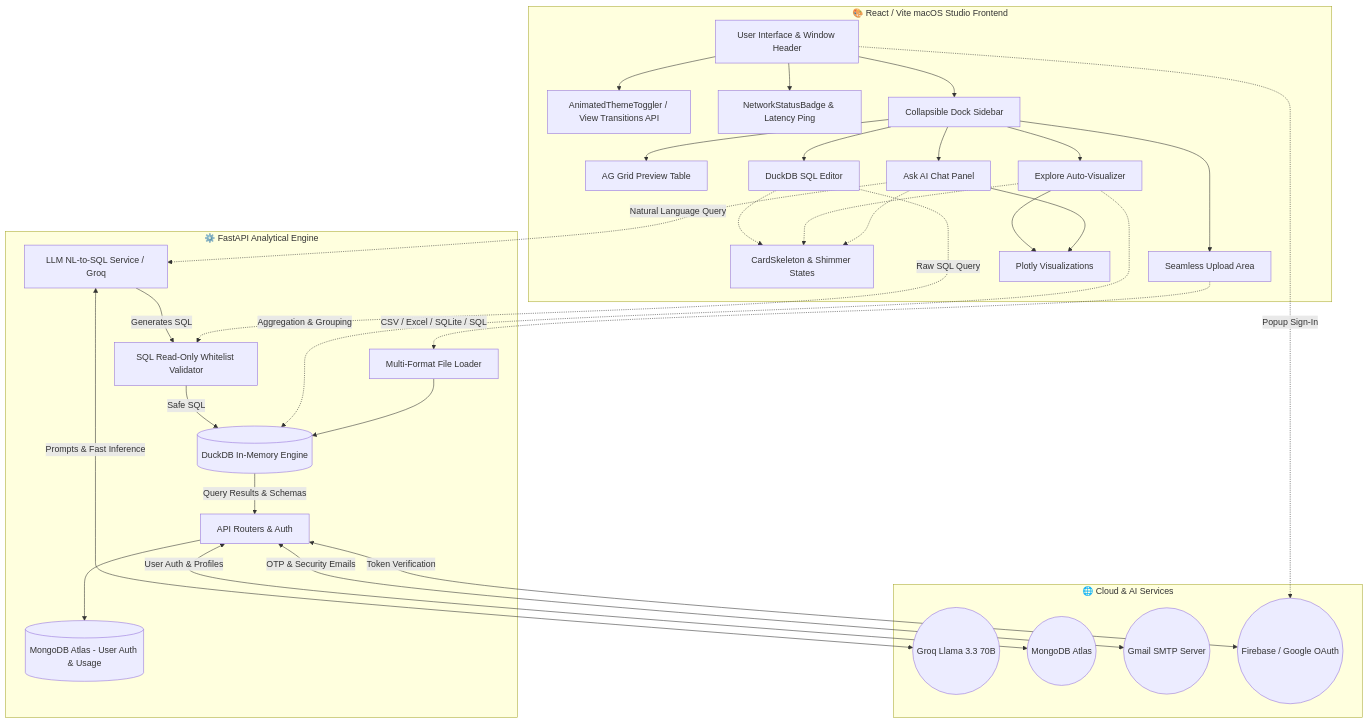
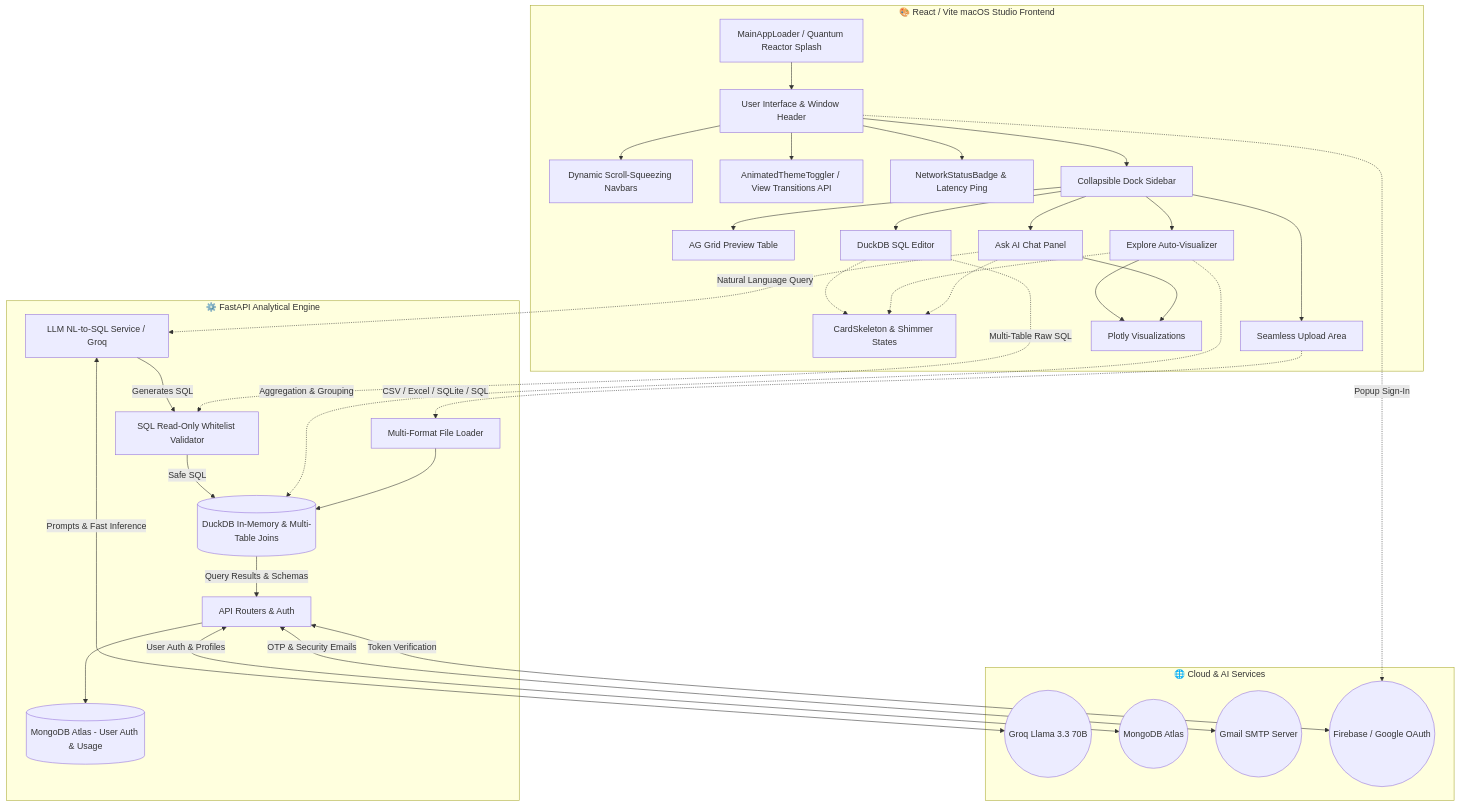
The diagram in ARCHITECTURE.md (pratikadamas/Ai-Data-Analysis), drawn with Mermaid before and after one commit. The commit also changed 15 other files, not shown here.

Commit message:
feat: redesign unboxed splash loader, unify scroll-squeezing navigation, and update documentation

````diff
--- a/ARCHITECTURE.md
+++ b/ARCHITECTURE.md
@@ -21,63 +21,67 @@
 ```mermaid
 graph TD
     subgraph Frontend [🎨 React / Vite macOS Studio Frontend]
         UI[User Interface & Window Header]
+        SplashLoader[MainAppLoader / Quantum Reactor Splash]
+        ScrollNav[Dynamic Scroll-Squeezing Navbars]
         ThemeToggle[AnimatedThemeToggler / View Transitions API]
         NetBadge[NetworkStatusBadge & Latency Ping]
         Skeletons[CardSkeleton & Shimmer States]
         Sidebar[Collapsible Dock Sidebar]
         Upload[Seamless Upload Area]
         Preview[AG Grid Preview Table]
         Chat[Ask AI Chat Panel]
         Explore[Explore Auto-Visualizer]
         SQLEditor[DuckDB SQL Editor]
         Charts[Plotly Visualizations]
         
+        SplashLoader --> UI
+        UI --> ScrollNav
         UI --> ThemeToggle
         UI --> NetBadge
         UI --> Sidebar
         Sidebar --> Upload
         Sidebar --> Preview
         Sidebar --> Chat
         Sidebar --> Explore
         Sidebar --> SQLEditor
         Chat --> Charts
         Explore --> Charts
         Chat -.-> Skeletons
         Explore -.-> Skeletons
         SQLEditor -.-> Skeletons
     end
 
     subgraph Backend [⚙️ FastAPI Analytical Engine]
         API[API Routers & Auth]
         FileLoader[Multi-Format File Loader]
         LLM[LLM NL-to-SQL Service / Groq]
         SQLValid[SQL Read-Only Whitelist Validator]
-        DuckDB[(DuckDB In-Memory Engine)]
+        DuckDB[(DuckDB In-Memory & Multi-Table Joins)]
         MongoDB[(MongoDB Atlas - User Auth & Usage)]
         
         Upload -.->|CSV / Excel / SQLite / SQL| FileLoader
         FileLoader --> DuckDB
         Chat -.->|Natural Language Query| LLM
         Explore -.->|Aggregation & Grouping| DuckDB
-        SQLEditor -.->|Raw SQL Query| SQLValid
+        SQLEditor -.->|Multi-Table Raw SQL| SQLValid
         
         API --> MongoDB
         LLM -->|Generates SQL| SQLValid
         SQLValid -->|Safe SQL| DuckDB
         DuckDB -->|Query Results & Schemas| API
     end
 
     subgraph External [🌐 Cloud & AI Services]
         GroqCloud((Groq Llama 3.3 70B))
         MongoCloud((MongoDB Atlas))
         SMTPServer((Gmail SMTP Server))
         FirebaseAuth((Firebase / Google OAuth))
     end
 
     LLM <-->|Prompts & Fast Inference| GroqCloud
     API <-->|User Auth & Profiles| MongoCloud
     API <-->|OTP & Security Emails| SMTPServer
     API <-->|Token Verification| FirebaseAuth
     UI -.->|Popup Sign-In| FirebaseAuth
 ```
````
